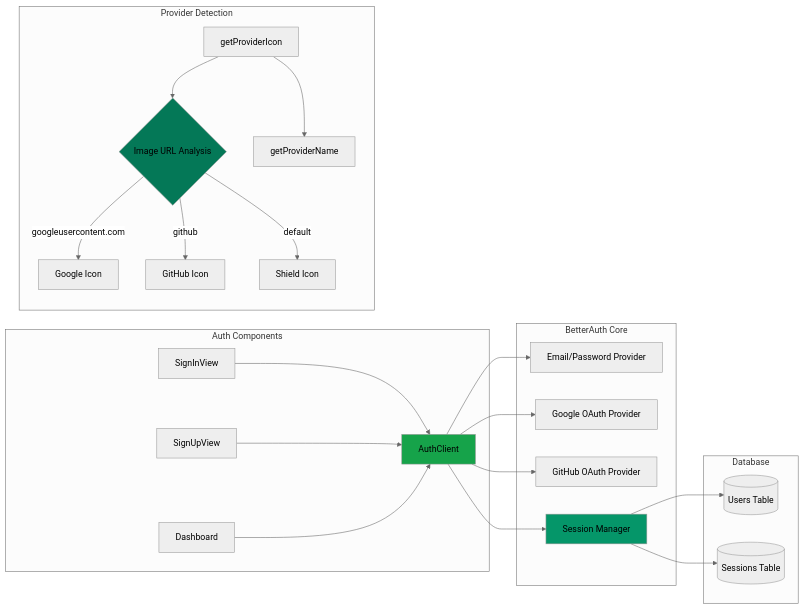
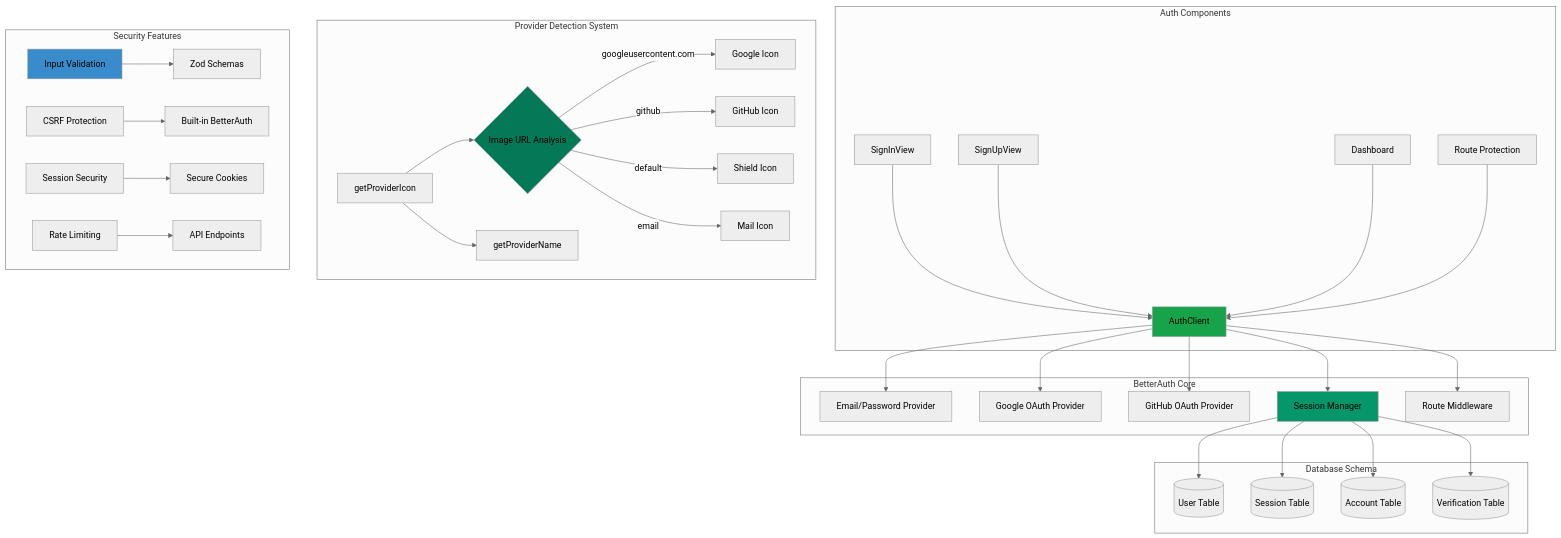
One commit to felipesanchez-dev/agentesia changed the ninth of 14 diagrams in README.md. Above: the diagram before and after it, drawn with Mermaid (neutral theme). The commit also changed other lines of this file, not shown here.

Commit message:
Implement feature X to enhance user experience and fix bug Y in module Z

````diff
--- a/README.md
+++ b/README.md
@@ -814,32 +854,45 @@
 ```mermaid
-graph LR
+graph TB
     subgraph "Auth Components"
-        A[SignInView] --> D[AuthClient]
-        B[SignUpView] --> D
-        C[Dashboard] --> D
+        A[SignInView] --> E[AuthClient]
+        B[SignUpView] --> E
+        C[Dashboard] --> E
+        D[Route Protection] --> E
     end
 
     subgraph "BetterAuth Core"
-        D --> E[Email/Password Provider]
-        D --> F[Google OAuth Provider]
-        D --> G[GitHub OAuth Provider]
-        D --> H[Session Manager]
+        E --> F[Email/Password Provider]
+        E --> G[Google OAuth Provider]
+        E --> H[GitHub OAuth Provider]
+        E --> I[Session Manager]
+        E --> J[Route Middleware]
     end
 
-    subgraph "Database"
-        H --> I[(Users Table)]
-        H --> J[(Sessions Table)]
+    subgraph "Database Schema"
+        I --> K[(User Table)]
+        I --> L[(Session Table)]
+        I --> M[(Account Table)]
+        I --> N[(Verification Table)]
     end
 
-    subgraph "Provider Detection"
-        K[getProviderIcon] --> L{Image URL Analysis}
-        K --> M[getProviderName]
-        L -->|googleusercontent.com| N[Google Icon]
-        L -->|github| O[GitHub Icon]
-        L -->|default| P[Shield Icon]
+    subgraph "Provider Detection System"
+        O[getProviderIcon] --> P{Image URL Analysis}
+        O --> Q[getProviderName]
+        P -->|"googleusercontent.com"| R[Google Icon]
+        P -->|"github"| S[GitHub Icon]
+        P -->|"default"| T[Shield Icon]
+        P -->|"email"| U[Mail Icon]
     end
 
-    style D fill:#16a34a
-    style H fill:#059669
-    style L fill:#047857
+    subgraph "Security Features"
+        V[Input Validation] --> W[Zod Schemas]
+        X[CSRF Protection] --> Y[Built-in BetterAuth]
+        Z[Session Security] --> AA[Secure Cookies]
+        BB[Rate Limiting] --> CC[API Endpoints]
+    end
+
+    style E fill:#16a34a
+    style I fill:#059669
+    style P fill:#047857
+    style V fill:#398CCB
 ```
````
